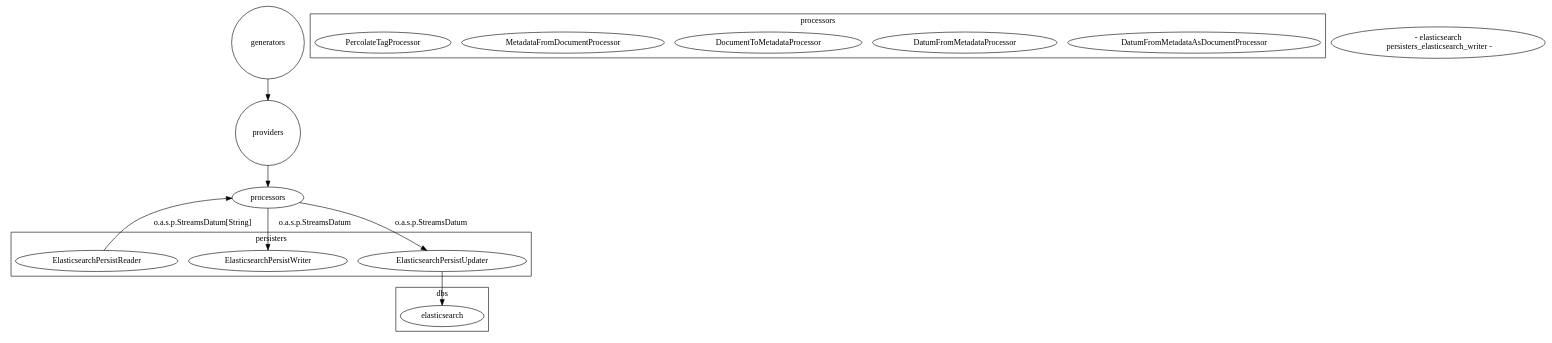
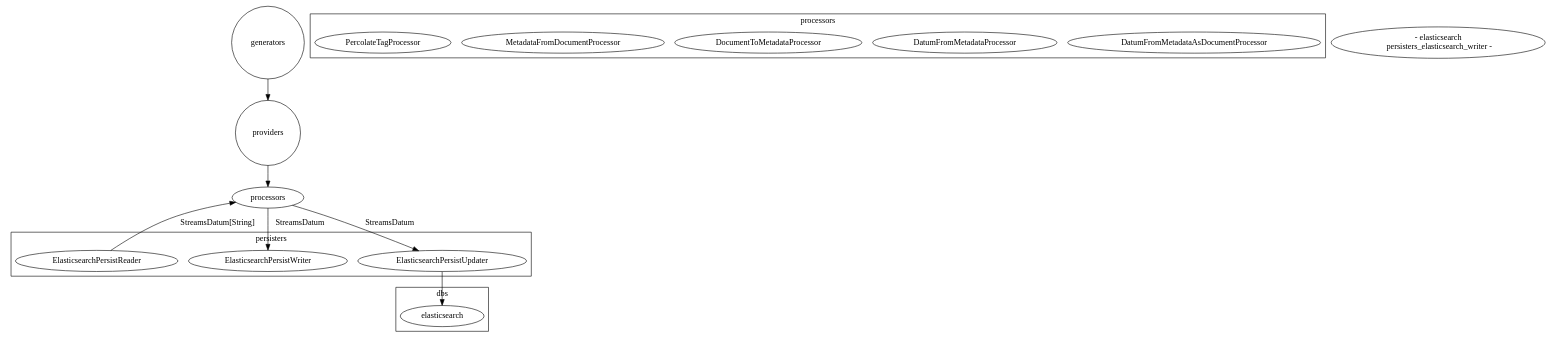
The diagram in streams-contrib/streams-persist-elasticsearch/src/main/resources/components.dot (apache/streams), drawn with Graphviz before and after one commit. The commit also changed 16 other files, not shown here.

Commit message:
add diagrams and improve index.html

```diff
--- a/streams-contrib/streams-persist-elasticsearch/src/main/resources/components.dot
+++ b/streams-contrib/streams-persist-elasticsearch/src/main/resources/components.dot
@@ -1,42 +1,42 @@
 digraph g {
 
   graph [compound = true];
 
   //presentation
   splines = true;
   overlap = false;
   rankdir = TB;
 
   generators [label="generators", shape="circle"];
   providers [label="providers", shape="circle"];
 
   subgraph cluster_processors {
     label="processors";
     processors_elasticsearch_DatumFromMetadataAsDocumentProcessor [label="DatumFromMetadataAsDocumentProcessor"]
     processors_elasticsearch_DatumFromMetadataProcessor [label="DatumFromMetadataProcessor"]
     processors_elasticsearch_DocumentToMetadataProcessor [label="DocumentToMetadataProcessor"]
     processors_elasticsearch_MetadataFromDocumentProcessor [label="MetadataFromDocumentProcessor"]
     processors_elasticsearch_PercolateTagProcessor [label="PercolateTagProcessor"]
   }
 
   subgraph cluster_persisters {
     label="persisters";
     persisters_elasticsearch_reader [label="ElasticsearchPersistReader"]
     persisters_elasticsearch_writer [label="ElasticsearchPersistWriter"]
     persisters_elasticsearch_updater [label="ElasticsearchPersistUpdater"]
   }
 
   subgraph cluster_dbs {
     label="dbs";
     elasticsearch [label="elasticsearch"]
   }
 
   generators -> providers
   providers -> processors
-  processors -> persisters_elasticsearch_writer [label="o.a.s.p.StreamsDatum"]
-  processors -> persisters_elasticsearch_updater [label="o.a.s.p.StreamsDatum"]
-  persisters_elasticsearch_reader -> processors [label="o.a.s.p.StreamsDatum[String]"]
+  processors -> persisters_elasticsearch_writer [label="StreamsDatum"]
+  processors -> persisters_elasticsearch_updater [label="StreamsDatum"]
+  persisters_elasticsearch_reader -> processors [label="StreamsDatum[String]"]
   persisters_elasticsearch_reader <- elasticsearch
   persisters_elasticsearch_writer -> elasticsearch
   persisters_elasticsearch_updater -> elasticsearch
 }
```
